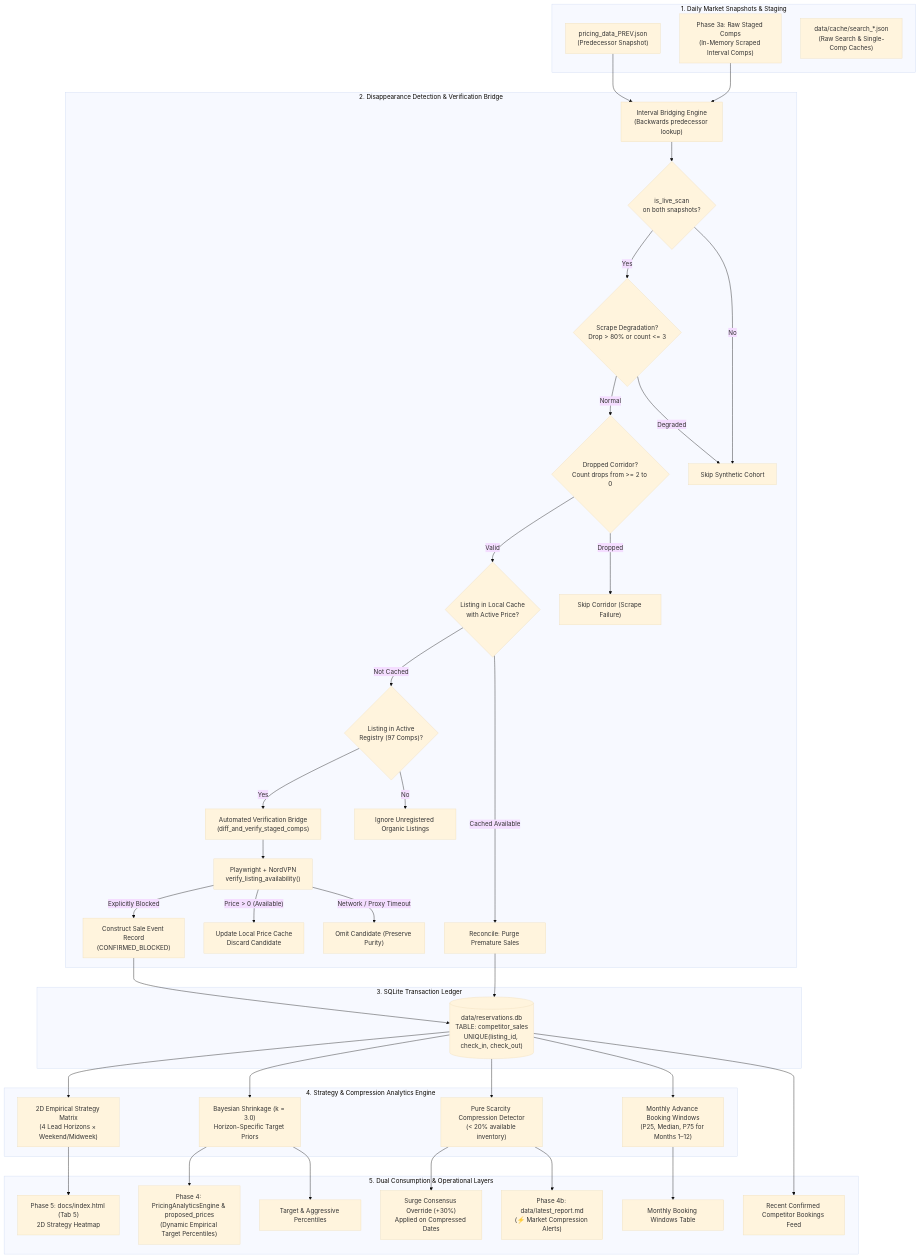
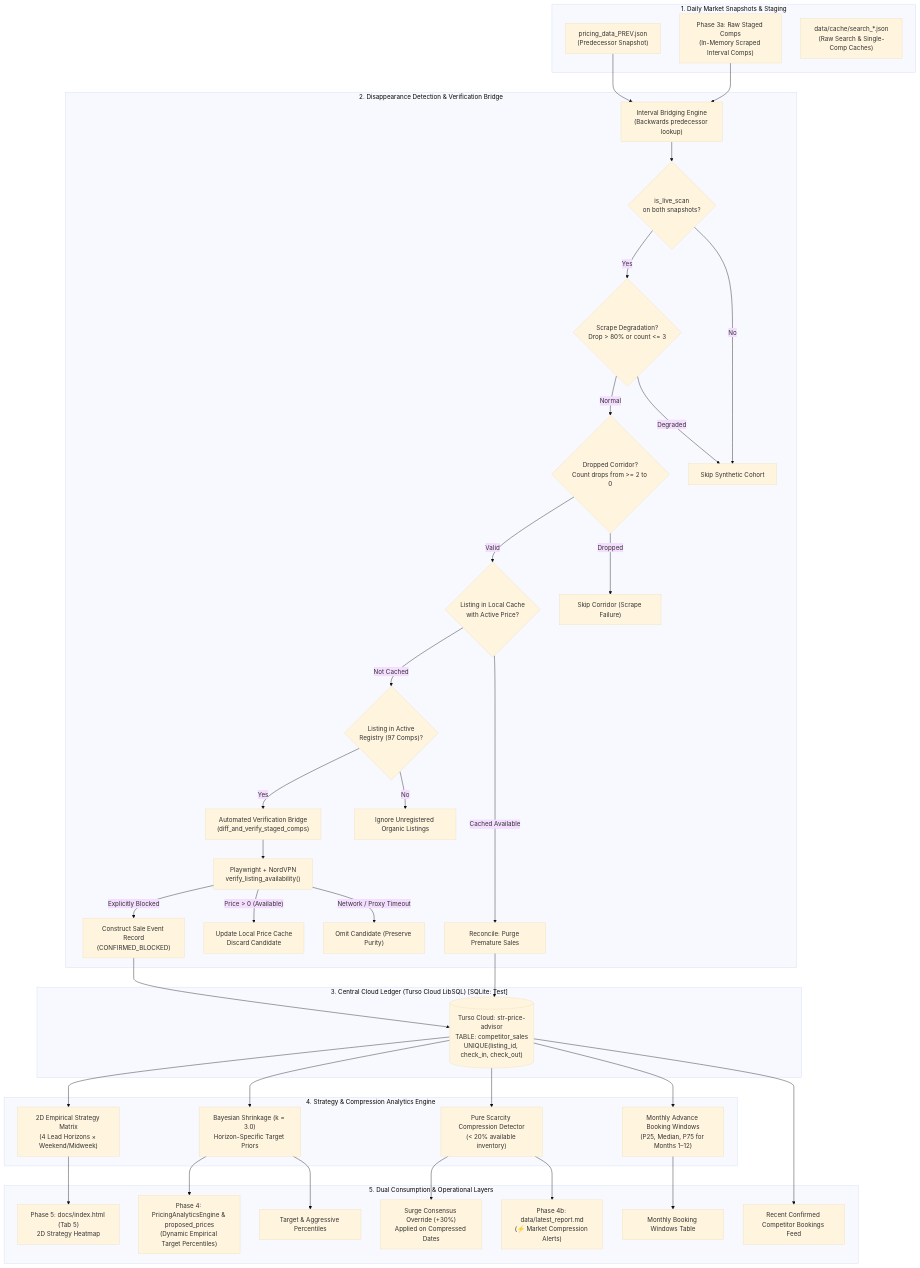
Before and after one commit to ivanpenkov/str-price-advisor: the first of 2 diagrams in docs/COMPETITOR_SALES_TRACKER_DESIGN.md, drawn with Mermaid (base theme). The commit also changed other lines of this file and 27 other files, not shown here.

Commit message:
Migrate storage to Turso Cloud (LibSQL) and implement Operational Role Separation

````diff
--- a/docs/COMPETITOR_SALES_TRACKER_DESIGN.md
+++ b/docs/COMPETITOR_SALES_TRACKER_DESIGN.md
@@ -34,62 +34,62 @@
 ```mermaid
 flowchart TD
     subgraph Ingestion ["1. Daily Market Snapshots & Staging"]
         S_prev["pricing_data_PREV.json<br/>(Predecessor Snapshot)"]
         RawStaged["Phase 3a: Raw Staged Comps<br/>(In-Memory Scraped Interval Comps)"]
         Cache["data/cache/search_*.json<br/>(Raw Search & Single-Comp Caches)"]
     end
 
     subgraph Diff_Pipeline ["2. Disappearance Detection & Verification Bridge"]
         Bridge["Interval Bridging Engine<br/>(Backwards predecessor lookup)"]
         LiveGuard{"is_live_scan<br/>on both snapshots?"}
         DegradeGuard{"Scrape Degradation?<br/>Drop > 80% or count <= 3"}
         CorridorGuard{"Dropped Corridor?<br/>Count drops from >= 2 to 0"}
         CacheCheck{"Listing in Local Cache<br/>with Active Price?"}
         RegistryFilter{"Listing in Active<br/>Registry (97 Comps)?"}
         ReconcilePurge["Reconcile: Purge Premature Sales"]
         VerifyQueue["Automated Verification Bridge<br/>(diff_and_verify_staged_comps)"]
         DirectPDP["Playwright + NordVPN<br/>verify_listing_availability()"]
         CommitSale["Construct Sale Event Record<br/>(CONFIRMED_BLOCKED)"]
         UpdateCache["Update Local Price Cache<br/>Discard Candidate"]
         
         S_prev --> Bridge
         RawStaged --> Bridge
         Bridge --> LiveGuard
         LiveGuard -- Yes --> DegradeGuard
         LiveGuard -- No --> SkipInterval["Skip Synthetic Cohort"]
         DegradeGuard -- Normal --> CorridorGuard
         DegradeGuard -- Degraded --> SkipInterval
         CorridorGuard -- Valid --> CacheCheck
         CorridorGuard -- Dropped --> SkipCorridor["Skip Corridor (Scrape Failure)"]
         CacheCheck -- Not Cached --> RegistryFilter
         CacheCheck -- Cached Available --> ReconcilePurge
         RegistryFilter -- Yes --> VerifyQueue
         RegistryFilter -- No --> IgnoreOrganic["Ignore Unregistered Organic Listings"]
         VerifyQueue --> DirectPDP
         DirectPDP -- Explicitly Blocked --> CommitSale
         DirectPDP -- Price > 0 (Available) --> UpdateCache
         DirectPDP -- Network / Proxy Timeout --> OmitUnverified["Omit Candidate (Preserve Purity)"]
     end
 
-    subgraph Persistence ["3. SQLite Transaction Ledger"]
-        CommitSale --> SQL[("data/reservations.db<br/>TABLE: competitor_sales<br/>UNIQUE(listing_id, check_in, check_out)")]
+    subgraph Persistence ["3. Central Cloud Ledger (Turso Cloud LibSQL) [SQLite: Test]"]
+        CommitSale --> SQL[("Turso Cloud: str-price-advisor<br/>TABLE: competitor_sales<br/>UNIQUE(listing_id, check_in, check_out)")]
         ReconcilePurge --> SQL
     end
 
     subgraph Analytics ["4. Strategy & Compression Analytics Engine"]
         SQL --> GridEngine["2D Empirical Strategy Matrix<br/>(4 Lead Horizons × Weekend/Midweek)"]
         SQL --> BayesEngine["Bayesian Shrinkage (k = 3.0)<br/>Horizon-Specific Target Priors"]
         SQL --> SurgeEngine["Pure Scarcity Compression Detector<br/>(&lt; 20% available inventory)"]
         SQL --> WindowsEngine["Monthly Advance Booking Windows<br/>(P25, Median, P75 for Months 1–12)"]
     end
 
     subgraph Consumption ["5. Dual Consumption & Operational Layers"]
         BayesEngine --> DynamicPricing["Phase 4: PricingAnalyticsEngine & proposed_prices<br/>(Dynamic Empirical Target Percentiles)"]
         SurgeEngine --> SurgePricing["Surge Consensus Override (+30%)<br/>Applied on Compressed Dates"]
         SurgeEngine --> MarkdownReport["Phase 4b: data/latest_report.md<br/>(⚡ Market Compression Alerts)"]
         GridEngine --> UI_Grid["Phase 5: docs/index.html (Tab 5)<br/>2D Strategy Heatmap"]
         BayesEngine --> UI_Recs["Target & Aggressive Percentiles"]
         WindowsEngine --> UI_Windows["Monthly Booking Windows Table"]
         SQL --> UI_Feed["Recent Confirmed Competitor Bookings Feed"]
     end
 ```
````
